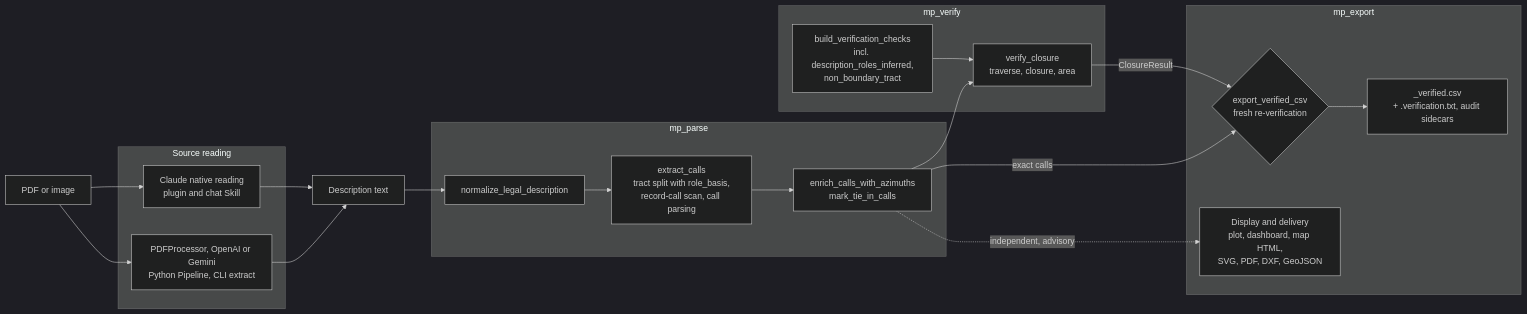
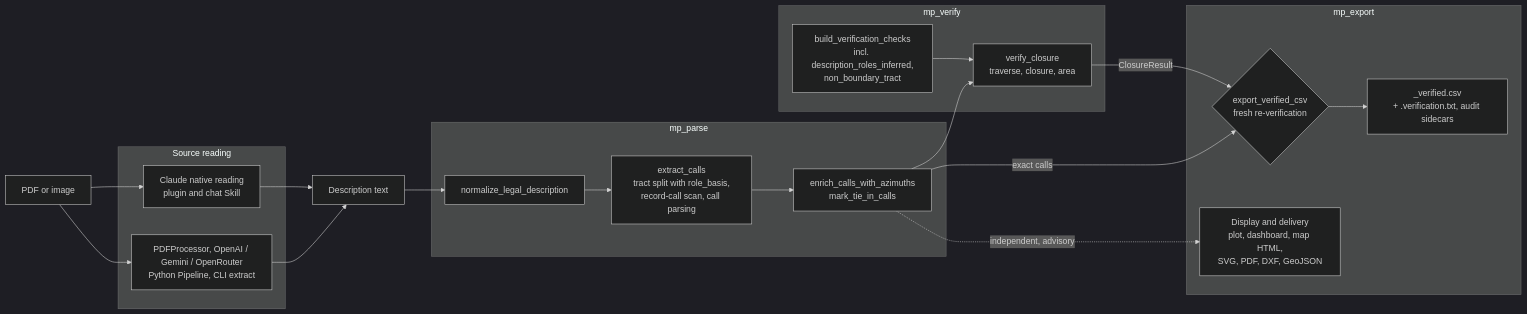
One commit to domfahey/metesParser changed the fifth of 6 diagrams in docs/ARCHITECTURE.md. Above: the diagram before and after it, drawn with Mermaid (dark theme). The commit also changed other lines of this file and 19 other files, not shown here.

Commit message:
fix(ocr): harden OpenRouter error handling, retries, env overrides, cache key, and docs

````diff
--- a/docs/ARCHITECTURE.md
+++ b/docs/ARCHITECTURE.md
@@ -402,33 +402,33 @@
 ```mermaid
 flowchart LR
     doc["PDF or image"]
     subgraph read["Source reading"]
         native["Claude native reading<br/>plugin and chat Skill"]
-        ocr["PDFProcessor, OpenAI or Gemini<br/>Python Pipeline, CLI extract"]
+        ocr["PDFProcessor, OpenAI / Gemini / OpenRouter<br/>Python Pipeline, CLI extract"]
     end
     text["Description text"]
     subgraph parse["mp_parse"]
         norm["normalize_legal_description"]
         extract["extract_calls<br/>tract split with role_basis,<br/>record-call scan, call parsing"]
         enrich["enrich_calls_with_azimuths<br/>mark_tie_in_calls"]
     end
     subgraph verify["mp_verify"]
         vc["verify_closure<br/>traverse, closure, area"]
         chk["build_verification_checks<br/>incl. description_roles_inferred,<br/>non_boundary_tract"]
     end
     subgraph exp["mp_export"]
         gate{"export_verified_csv<br/>fresh re-verification"}
         csv["_verified.csv<br/>+ .verification.txt, audit sidecars"]
         views["Display and delivery<br/>plot, dashboard, map HTML,<br/>SVG, PDF, DXF, GeoJSON"]
     end
 
     doc --> native --> text
     doc --> ocr --> text
     text --> norm --> extract --> enrich
     enrich --> vc
     chk --> vc
     vc -- ClosureResult --> gate
     enrich -- exact calls --> gate
     gate --> csv
     enrich -. independent, advisory .-> views
 ```
````
